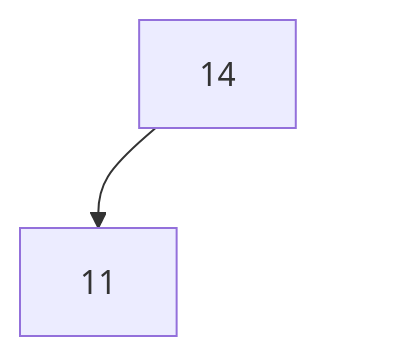
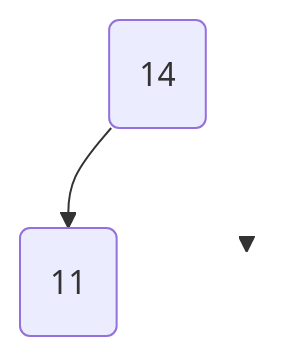
Before and after one commit to nsimeyroneinc/NSITerm2024: the seventh of 15 diagrams in docs/Annales/Corriges/23-NSIZERO-A.md, drawn with Mermaid. The commit also changed other lines of this file and 1309 other files, not shown here.

````diff
--- a/docs/Annales/Corriges/23-NSIZERO-A.md
+++ b/docs/Annales/Corriges/23-NSIZERO-A.md
@@ -220,7 +236,8 @@
     ```mermaid
         graph TD
-        S14["14"] --> S11["11"]
-        S14 --> V1[" "]
-        style V1 opacity:0;
-        linkStyle 1 stroke:#FFFFFF,stroke-width:0px
+        N("14")
+        N --> Ng("11")
+        N --> Nd(" ")
+        style Nd fill:none, stroke-width:0px
+        linkStyle 1 stroke-width:0px
     ```
````
